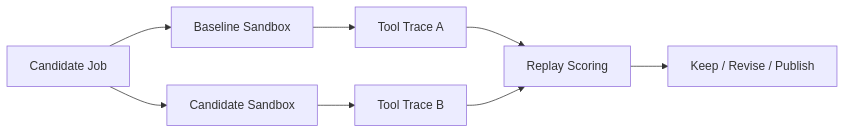
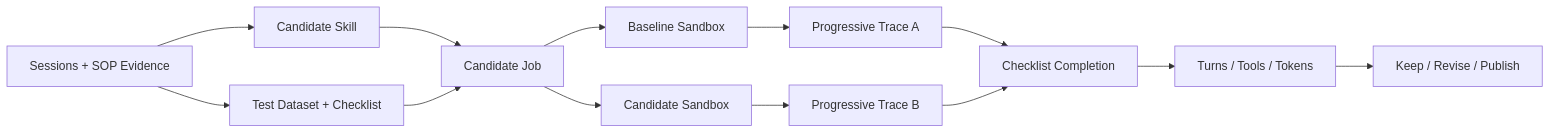
Before and after one commit to leoriczhang/teamEvolver: the third of 3 diagrams in README.md, drawn with Mermaid. The commit also changed other lines of this file and 74 other files, not shown here.

````diff
--- a/README.md
+++ b/README.md
@@ -376,10 +447,15 @@
 ```mermaid
 flowchart LR
-    Job["Candidate Job"] --> Base["Baseline Sandbox"]
+    Evidence["Sessions + SOP Evidence"] --> Skill["Candidate Skill"]
+    Evidence --> Dataset["Test Dataset + Checklist"]
+    Skill --> Job["Candidate Job"]
+    Dataset --> Job
+    Job --> Base["Baseline Sandbox"]
     Job --> Cand["Candidate Sandbox"]
-    Base --> TraceA["Tool Trace A"]
-    Cand --> TraceB["Tool Trace B"]
-    TraceA --> Score["Replay Scoring"]
-    TraceB --> Score
-    Score --> Decision["Keep / Revise / Publish"]
+    Base --> TraceA["Progressive Trace A"]
+    Cand --> TraceB["Progressive Trace B"]
+    TraceA --> Check["Checklist Completion"]
+    TraceB --> Check
+    Check --> Metrics["Turns / Tools / Tokens"]
+    Metrics --> Decision["Keep / Revise / Publish"]
 ```
````
